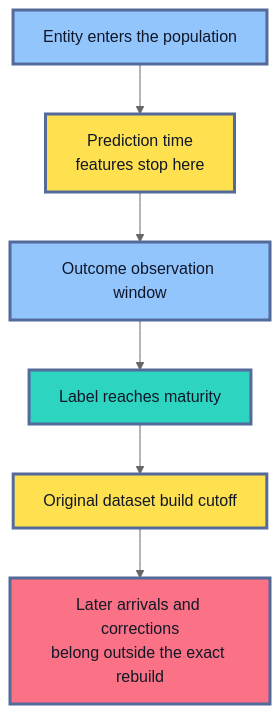
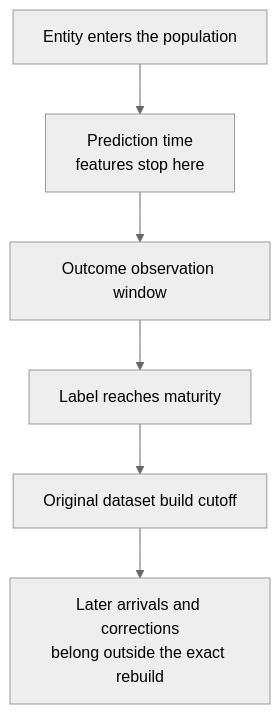
Before and after one commit to senlinyy/dev-roadmaps: the second of 6 diagrams in roadmaps/mlops/modules/data-for-ml-systems/data-pipelines/03-rebuilding-past-datasets.md, drawn with Mermaid (neutral theme). The commit also changed other lines of this file and 152 other files, not shown here.

Commit message:
feat: mlops and diagrams updated

````diff
--- a/roadmaps/mlops/modules/data-for-ml-systems/data-pipelines/03-rebuilding-past-datasets.md
+++ b/roadmaps/mlops/modules/data-for-ml-systems/data-pipelines/03-rebuilding-past-datasets.md
@@ -143,17 +139,13 @@
 ```mermaid
 flowchart TD
     A["Entity enters the population"] --> B["Prediction time<br/>features stop here"]
     B --> C["Outcome observation window"]
     C --> D["Label reaches maturity"]
     D --> E["Original dataset build cutoff"]
     E --> F["Later arrivals and corrections<br/>belong outside the exact rebuild"]
 
-    classDef event fill:#93C5FD,stroke:#536A9A,stroke-width:3px,color:#0F172A
-    classDef decision fill:#FFE04F,stroke:#536A9A,stroke-width:3px,color:#111827
-    classDef mature fill:#2DD4BF,stroke:#536A9A,stroke-width:3px,color:#0F172A
-    classDef later fill:#FB7185,stroke:#536A9A,stroke-width:3px,color:#111827
     class A,C event
     class B,E decision
     class D mature
     class F later
 ```
````
